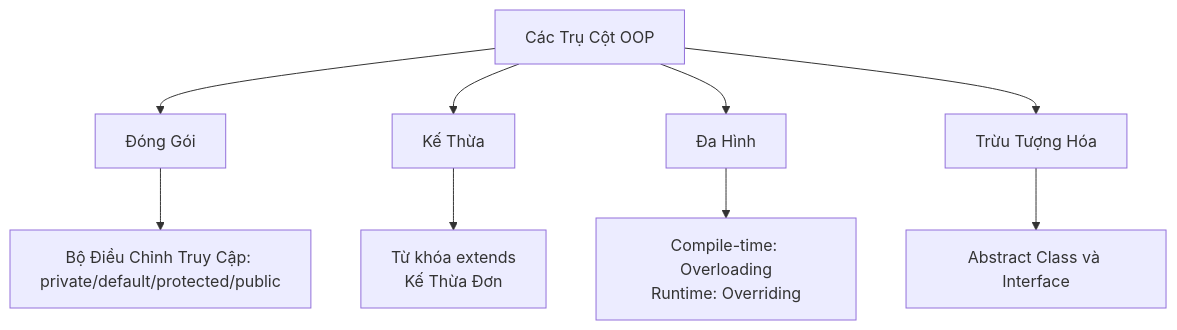
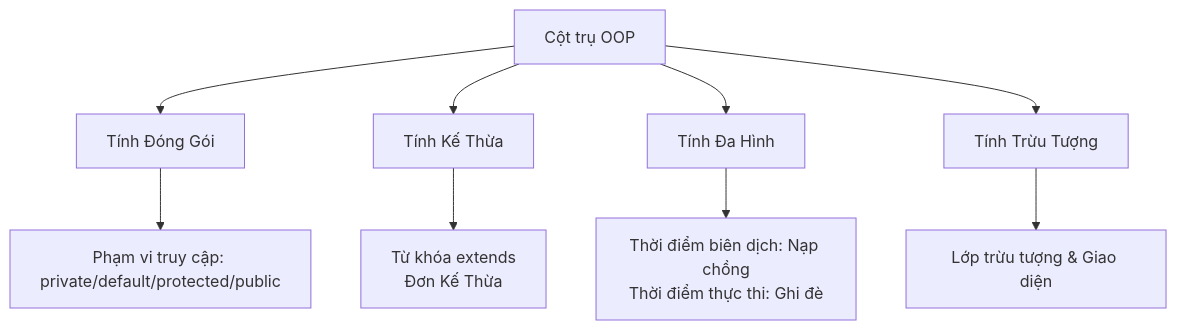
Before and after one commit to PhuThien2005/theoretical-of-java-core: the diagram in vi/09-oop/README.md, drawn with Mermaid. The commit also changed other lines of this file and 229 other files, not shown here.

````diff
--- a/vi/09-oop/README.md
+++ b/vi/09-oop/README.md
@@ -27,12 +27,12 @@
 ```mermaid
 flowchart TD
-    OOP[Các Trụ Cột OOP] --> Enc[Đóng Gói]
-    OOP --> Inh[Kế Thừa]
-    OOP --> Poly[Đa Hình]
-    OOP --> Abst[Trừu Tượng Hóa]
+    OOP["Cột trụ OOP"] --> Enc["Tính Đóng Gói"]
+    OOP --> Inh["Tính Kế Thừa"]
+    OOP --> Poly["Tính Đa Hình"]
+    OOP --> Abst["Tính Trừu Tượng"]
 
-    Enc --> Enc1[Bộ Điều Chỉnh Truy Cập: private/default/protected/public]
-    Inh --> Inh1[Từ khóa extends<br>Kế Thừa Đơn]
-    Poly --> Poly1[Compile-time: Overloading<br>Runtime: Overriding]
-    Abst --> Abst1[Abstract Class và Interface]
+    Enc --> Enc1["Phạm vi truy cập: private/default/protected/public"]
+    Inh --> Inh1["Từ khóa extends<br>Đơn Kế Thừa"]
+    Poly --> Poly1["Thời điểm biên dịch: Nạp chồng<br>Thời điểm thực thi: Ghi đè"]
+    Abst --> Abst1["Lớp trừu tượng & Giao diện"]
 ```
````
